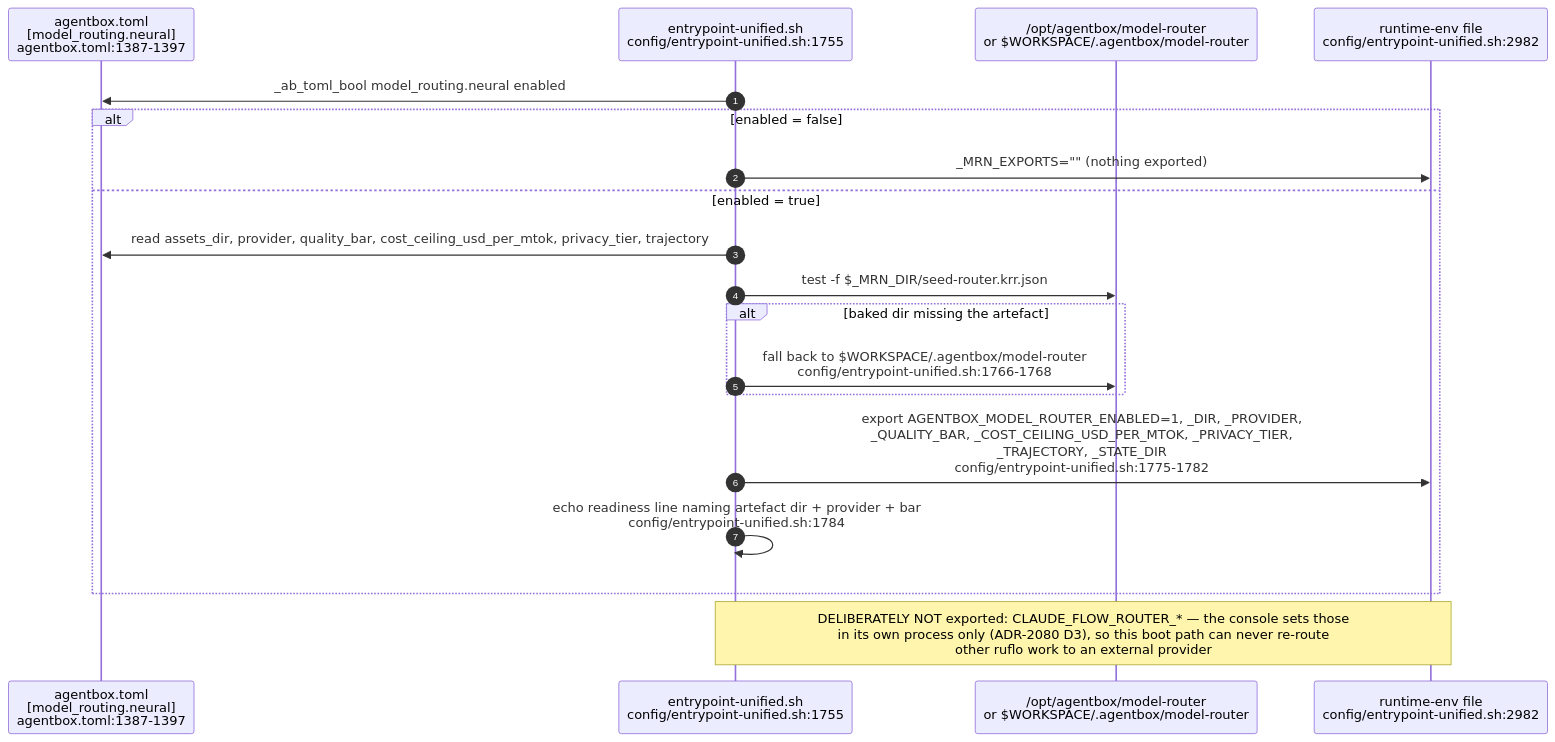
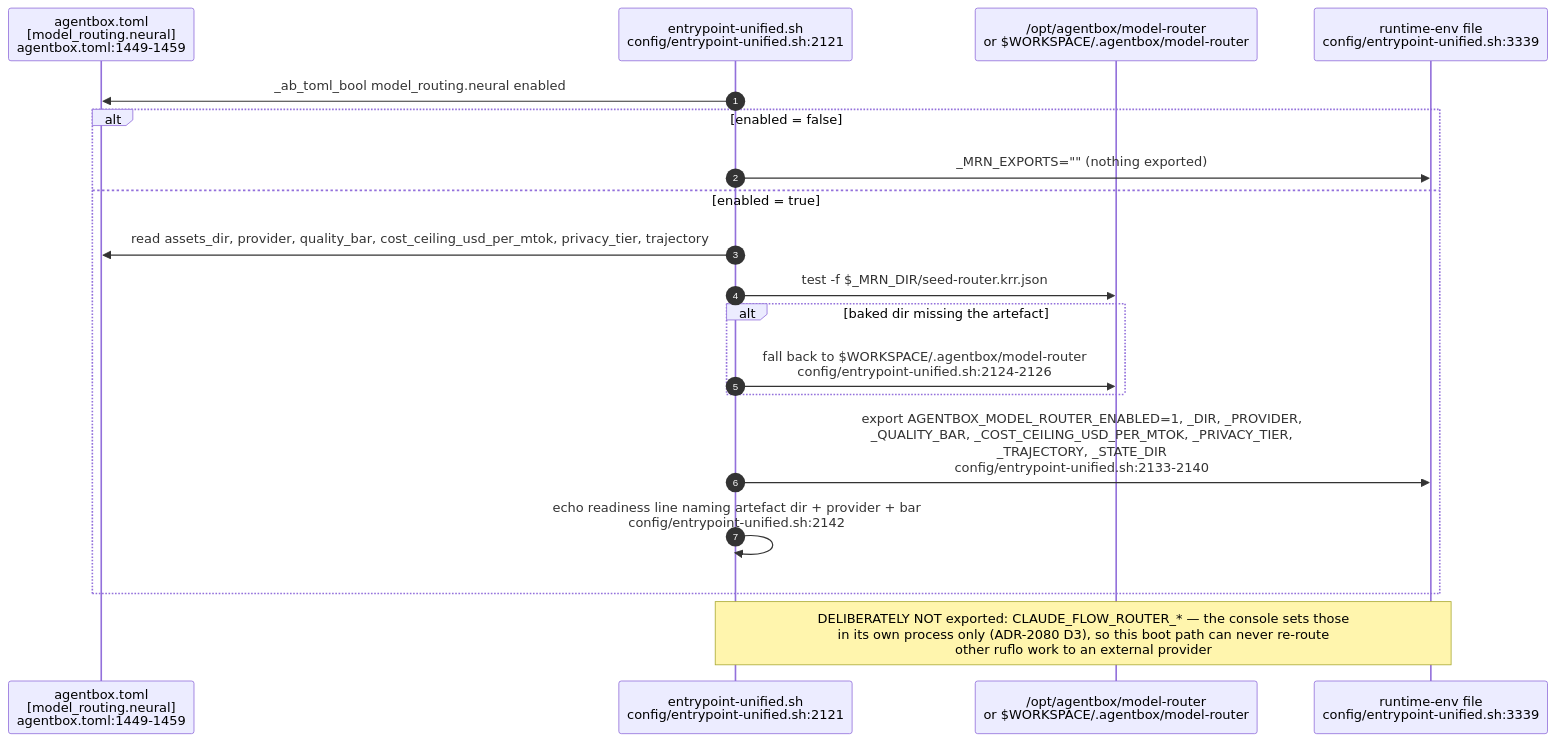
One commit to DreamLab-AI/VisionFlow changed the second of 9 diagrams in docs/diagrams/agentbox/29-metaharness-router-console.md. Above: the diagram before and after it, drawn with Mermaid. The commit also changed other lines of this file and 111 other files, not shown here.

Commit message:
docs(diagrams): align estate maps with current source

````diff
--- a/docs/diagrams/agentbox/29-metaharness-router-console.md
+++ b/docs/diagrams/agentbox/29-metaharness-router-console.md
@@ -64,22 +64,22 @@
 ```mermaid
 sequenceDiagram
     autonumber
-    participant TOML as agentbox.toml<br/>[model_routing.neural]<br/>agentbox.toml:1387-1397
-    participant EP as entrypoint-unified.sh<br/>config/entrypoint-unified.sh:1755
+    participant TOML as agentbox.toml<br/>[model_routing.neural]<br/>agentbox.toml:1449-1459
+    participant EP as entrypoint-unified.sh<br/>config/entrypoint-unified.sh:2121
     participant DISK as /opt/agentbox/model-router<br/>or $WORKSPACE/.agentbox/model-router
-    participant ENV as runtime-env file<br/>config/entrypoint-unified.sh:2982
+    participant ENV as runtime-env file<br/>config/entrypoint-unified.sh:3339
 
     EP->>TOML: _ab_toml_bool model_routing.neural enabled
     alt enabled = false
         EP->>ENV: _MRN_EXPORTS="" (nothing exported)
     else enabled = true
         EP->>TOML: read assets_dir, provider, quality_bar, cost_ceiling_usd_per_mtok, privacy_tier, trajectory
         EP->>DISK: test -f $_MRN_DIR/seed-router.krr.json
         alt baked dir missing the artefact
-            EP->>DISK: fall back to $WORKSPACE/.agentbox/model-router<br/>config/entrypoint-unified.sh:1766-1768
+            EP->>DISK: fall back to $WORKSPACE/.agentbox/model-router<br/>config/entrypoint-unified.sh:2124-2126
         end
-        EP->>ENV: export AGENTBOX_MODEL_ROUTER_ENABLED=1, _DIR, _PROVIDER,<br/>_QUALITY_BAR, _COST_CEILING_USD_PER_MTOK, _PRIVACY_TIER,<br/>_TRAJECTORY, _STATE_DIR<br/>config/entrypoint-unified.sh:1775-1782
-        EP->>EP: echo readiness line naming artefact dir + provider + bar<br/>config/entrypoint-unified.sh:1784
+        EP->>ENV: export AGENTBOX_MODEL_ROUTER_ENABLED=1, _DIR, _PROVIDER,<br/>_QUALITY_BAR, _COST_CEILING_USD_PER_MTOK, _PRIVACY_TIER,<br/>_TRAJECTORY, _STATE_DIR<br/>config/entrypoint-unified.sh:2133-2140
+        EP->>EP: echo readiness line naming artefact dir + provider + bar<br/>config/entrypoint-unified.sh:2142
     end
     Note over EP,ENV: DELIBERATELY NOT exported: CLAUDE_FLOW_ROUTER_* — the console sets those<br/>in its own process only (ADR-2080 D3), so this boot path can never re-route<br/>other ruflo work to an external provider
 ```
````
